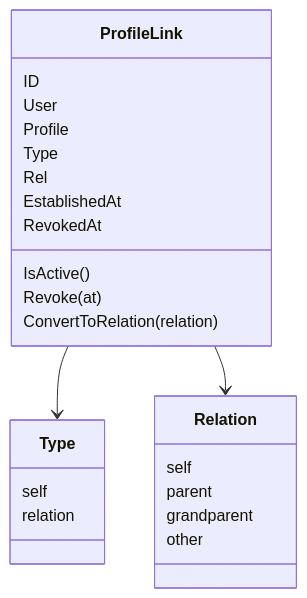
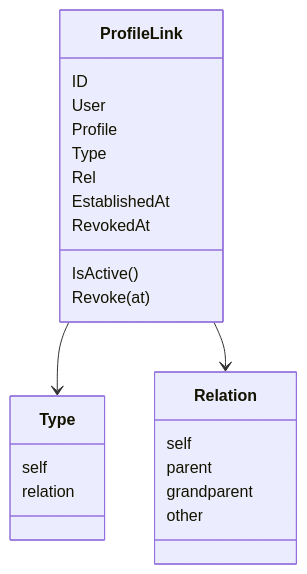
Before and after one commit to FangcunMount/iam: the third of 9 diagrams in docs/04-身份Identity/02-ProfileLink链路-用户与用户档案关系协作.md, drawn with Mermaid. The commit also changed other lines of this file and 35 other files, not shown here.

````diff
--- a/docs/04-身份Identity/02-ProfileLink链路-用户与用户档案关系协作.md
+++ b/docs/04-身份Identity/02-ProfileLink链路-用户与用户档案关系协作.md
@@ -219,30 +219,29 @@
 ```mermaid
 classDiagram
     class ProfileLink {
       ID
       User
       Profile
       Type
       Rel
       EstablishedAt
       RevokedAt
       IsActive()
       Revoke(at)
-      ConvertToRelation(relation)
     }
 
     class Type {
       self
       relation
     }
 
     class Relation {
       self
       parent
       grandparent
       other
     }
 
     ProfileLink --> Type
     ProfileLink --> Relation
 ```
````
